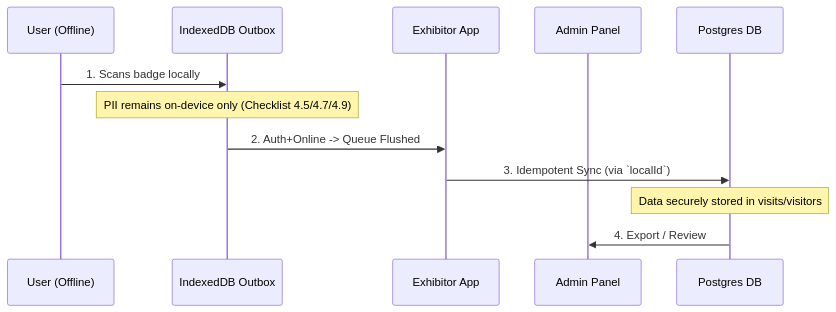
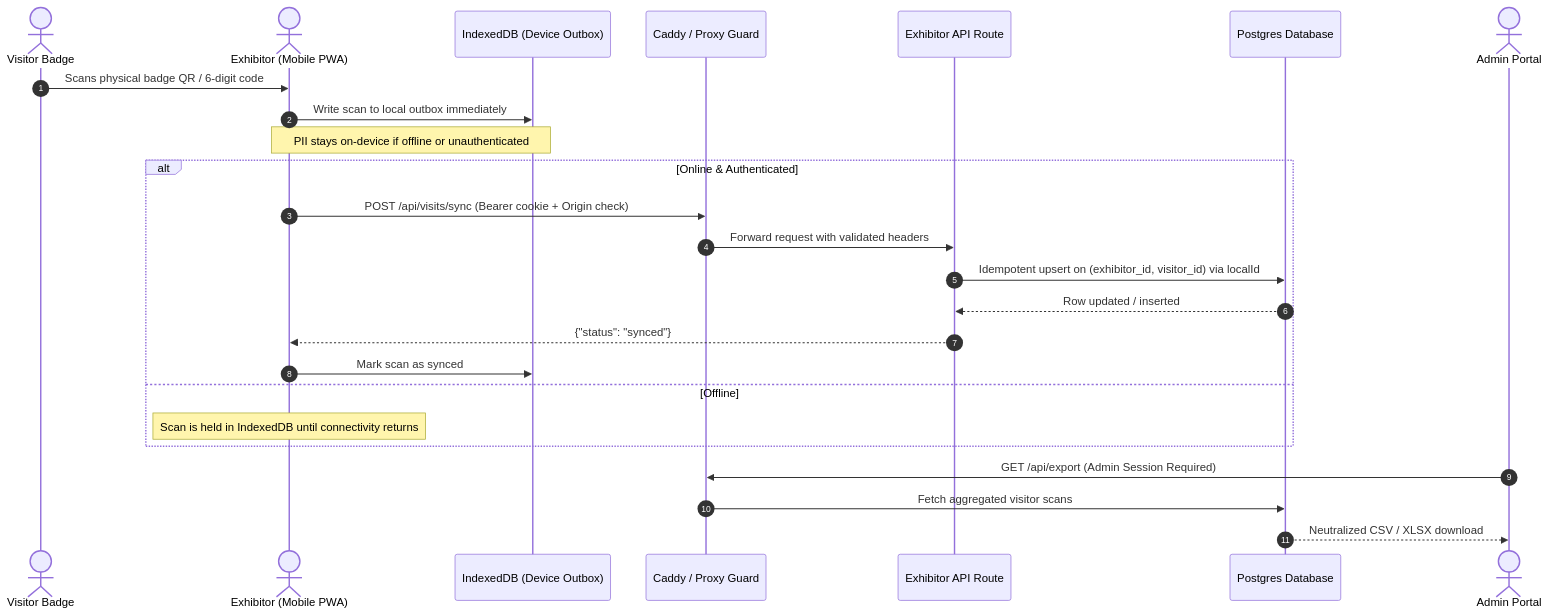
One commit to TitapTheBuilder/bye-event changed the diagram in README.md. Above: the diagram before and after it, drawn with Mermaid. The commit also changed other lines of this file and 1 other file, not shown here.

Commit message:
docs: Complete comprehensive README guide with local testing and production deployment tutorials

````diff
--- a/README.md
+++ b/README.md
@@ -11,15 +52,30 @@
 ```mermaid
 sequenceDiagram
-    participant User (Offline)
-    participant IndexedDB Outbox
-    participant Exhibitor App
-    participant Admin Panel
-    participant Postgres DB
+    autonumber
+    actor Visitor as Visitor Badge
+    actor Exhibitor as Exhibitor (Mobile PWA)
+    participant IDB as IndexedDB (Device Outbox)
+    participant Proxy as Caddy / Proxy Guard
+    participant API as Exhibitor API Route
+    participant DB as Postgres Database
+    actor Admin as Admin Portal
+
+    Visitor->>Exhibitor: Scans physical badge QR / 6-digit code
+    Exhibitor->>IDB: Write scan to local outbox immediately
+    Note over Exhibitor,IDB: PII stays on-device if offline or unauthenticated
     
-    User (Offline)->>IndexedDB Outbox: 1. Scans badge locally
-    Note over IndexedDB Outbox: PII remains on-device only (Checklist 4.5/4.7/4.9)
-    IndexedDB Outbox->>Exhibitor App: 2. Auth+Online -> Queue Flushed
-    Exhibitor App->>Postgres DB: 3. Idempotent Sync (via `localId`)
-    Note over Postgres DB: Data securely stored in visits/visitors
-    Postgres DB->>Admin Panel: 4. Export / Review
+    alt Online & Authenticated
+        Exhibitor->>Proxy: POST /api/visits/sync (Bearer cookie + Origin check)
+        Proxy->>API: Forward request with validated headers
+        API->>DB: Idempotent upsert on (exhibitor_id, visitor_id) via localId
+        DB-->>API: Row updated / inserted
+        API-->>Exhibitor: {"status": "synced"}
+        Exhibitor->>IDB: Mark scan as synced
+    else Offline
+        Note over Exhibitor: Scan is held in IndexedDB until connectivity returns
+    end
+
+    Admin->>Proxy: GET /api/export (Admin Session Required)
+    Proxy->>DB: Fetch aggregated visitor scans
+    DB-->>Admin: Neutralized CSV / XLSX download
 ```
````
